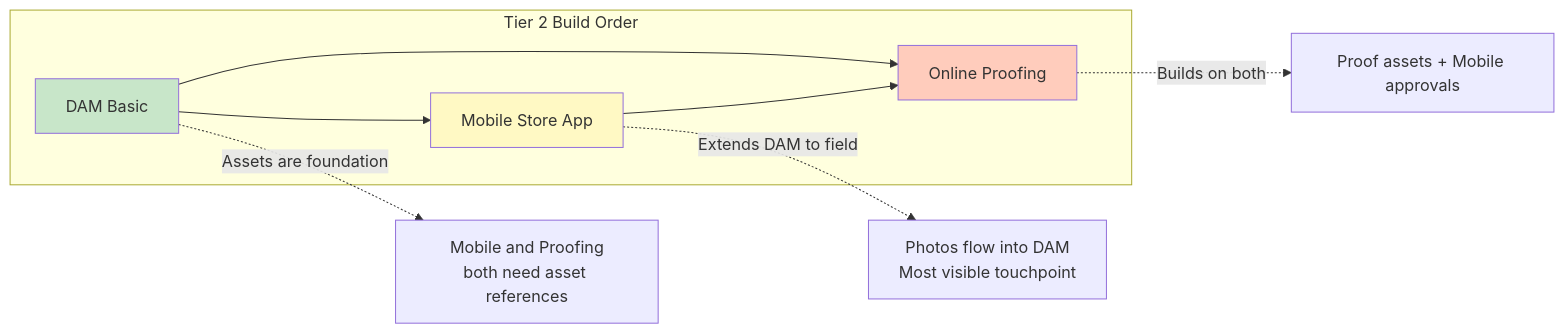
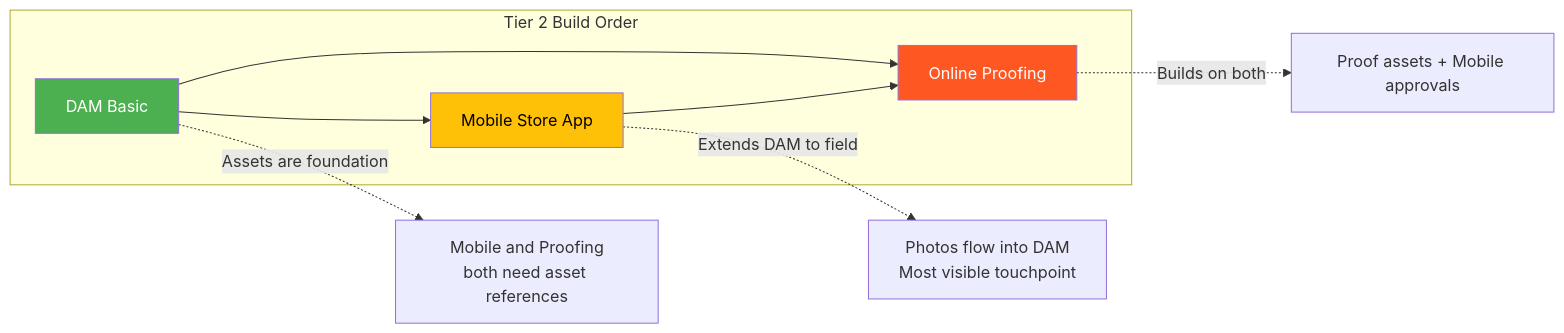
One commit to VisualGraphxLLC/NewPOPSys changed the second of 7 diagrams in Post_v1/DEVELOPMENT_PRIORITY.md. Above: the diagram before and after it, drawn with Mermaid. The commit also changed other lines of this file and 1 other file, not shown here.

First line of the commit message:
Fix Mermaid chart colors for dark mode compatibility

````diff
--- a/Post_v1/DEVELOPMENT_PRIORITY.md
+++ b/Post_v1/DEVELOPMENT_PRIORITY.md
@@ -66,16 +66,16 @@
 ```mermaid
 flowchart LR
     subgraph Tier2[Tier 2 Build Order]
         DAM[DAM Basic] --> Mobile[Mobile Store App]
         DAM --> Proofing[Online Proofing]
         Mobile --> Proofing
     end
 
     DAM -.->|Assets are foundation| Note1[Mobile and Proofing\nboth need asset references]
     Mobile -.->|Extends DAM to field| Note2[Photos flow into DAM\nMost visible touchpoint]
     Proofing -.->|Builds on both| Note3[Proof assets + Mobile approvals]
 
-    style DAM fill:#c8e6c9
-    style Mobile fill:#fff9c4
-    style Proofing fill:#ffccbc
+    style DAM fill:#4caf50,color:#fff
+    style Mobile fill:#ffc107,color:#000
+    style Proofing fill:#ff5722,color:#fff
 ```
````
